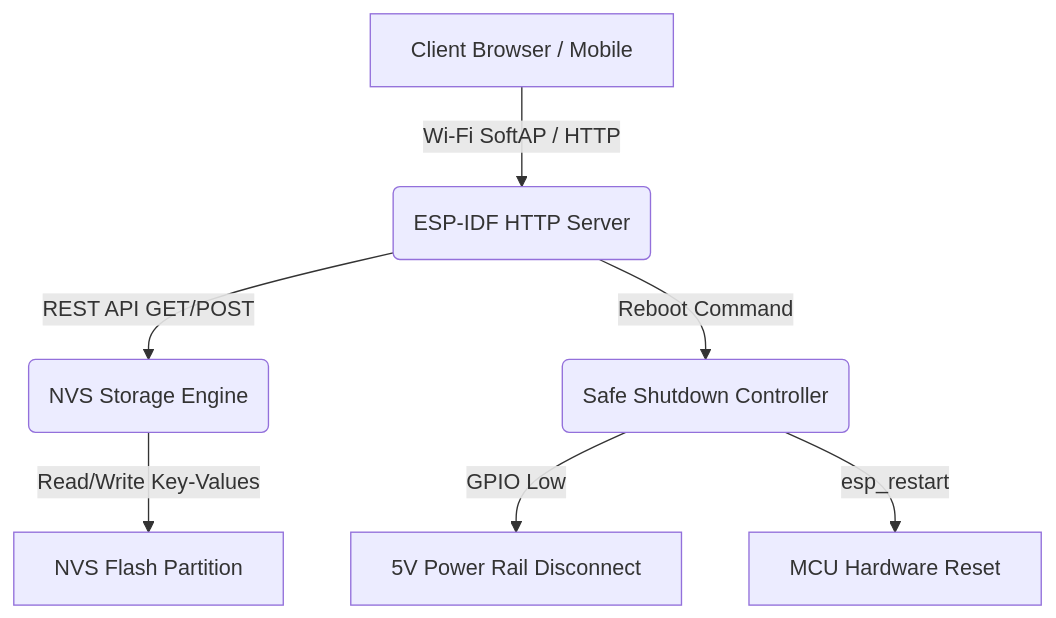
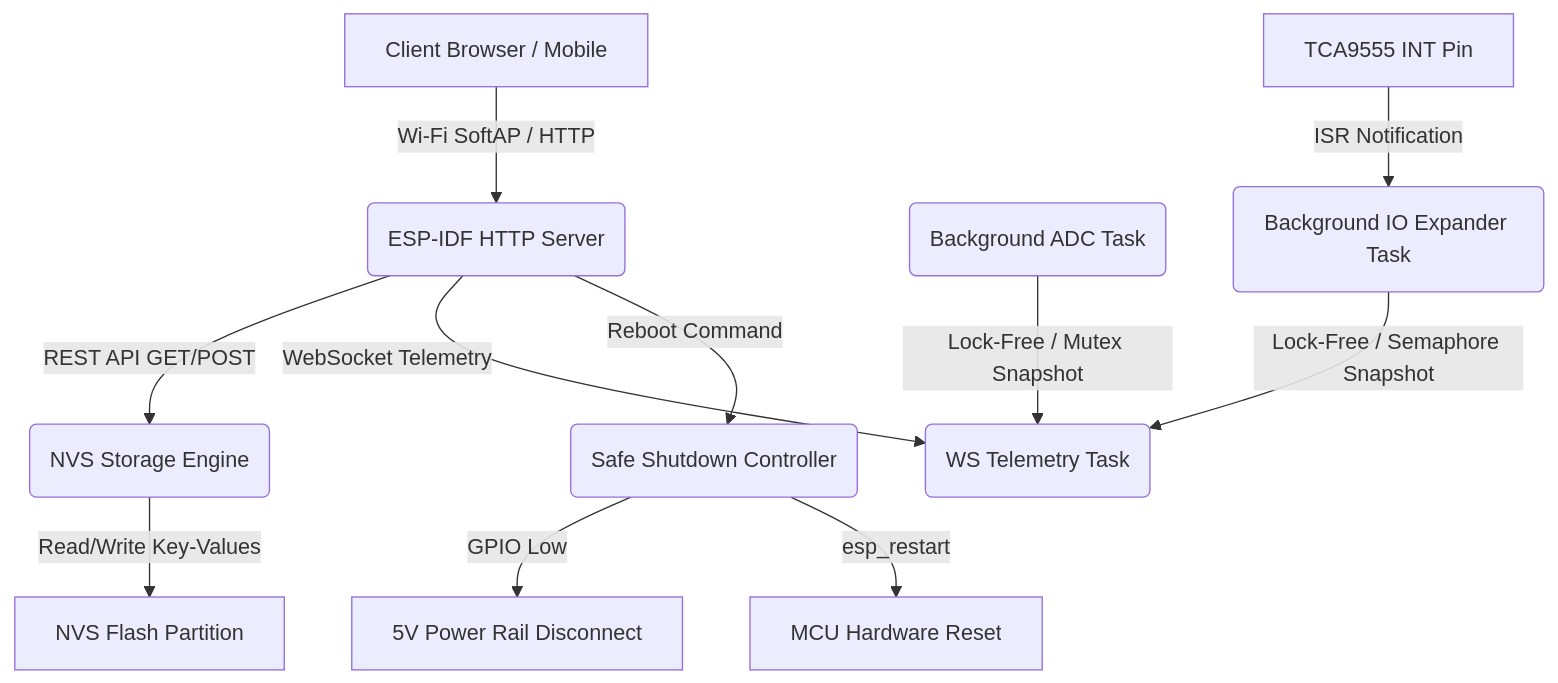
One commit to martinroger/vx-binocle-espidf changed the diagram in factory apps/ITF factory app/TOO.MD. Above: the diagram before and after it, drawn with Mermaid. The commit also changed other lines of this file and 9 other files, not shown here.

````diff
--- a/factory apps/ITF factory app/TOO.MD
+++ b/factory apps/ITF factory app/TOO.MD
@@ -5,9 +5,13 @@
 ```mermaid
 graph TD
     A[Client Browser / Mobile] -->|Wi-Fi SoftAP / HTTP| B(ESP-IDF HTTP Server)
     B -->|REST API GET/POST| C(NVS Storage Engine)
     C -->|Read/Write Key-Values| D[NVS Flash Partition]
+    B -->|WebSocket Telemetry| WS(WS Telemetry Task)
+    ADC_TASK(Background ADC Task) -->|Lock-Free / Mutex Snapshot| WS
+    EXP_TASK(Background IO Expander Task) -->|Lock-Free / Semaphore Snapshot| WS
+    INT_PIN[TCA9555 INT Pin] -->|ISR Notification| EXP_TASK
     B -->|Reboot Command| E(Safe Shutdown Controller)
     E -->|GPIO Low| F[5V Power Rail Disconnect]
     E -->|esp_restart| G[MCU Hardware Reset]
 ```
````
